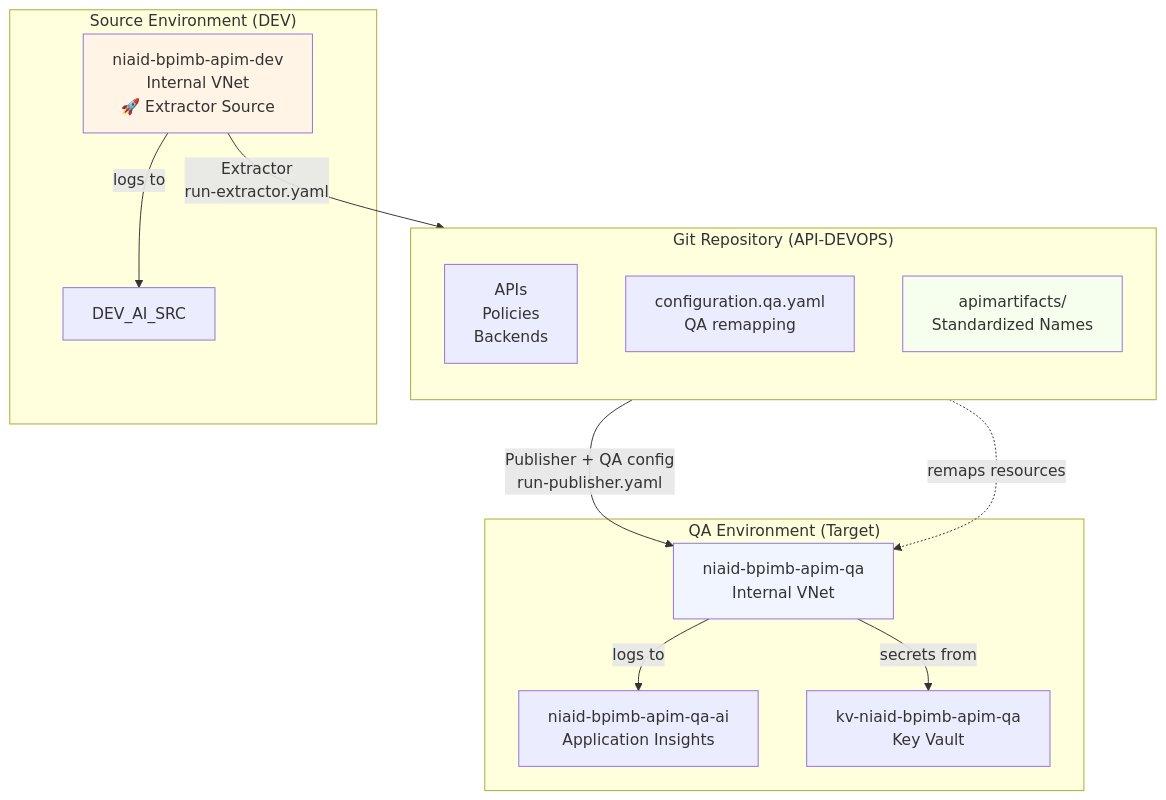
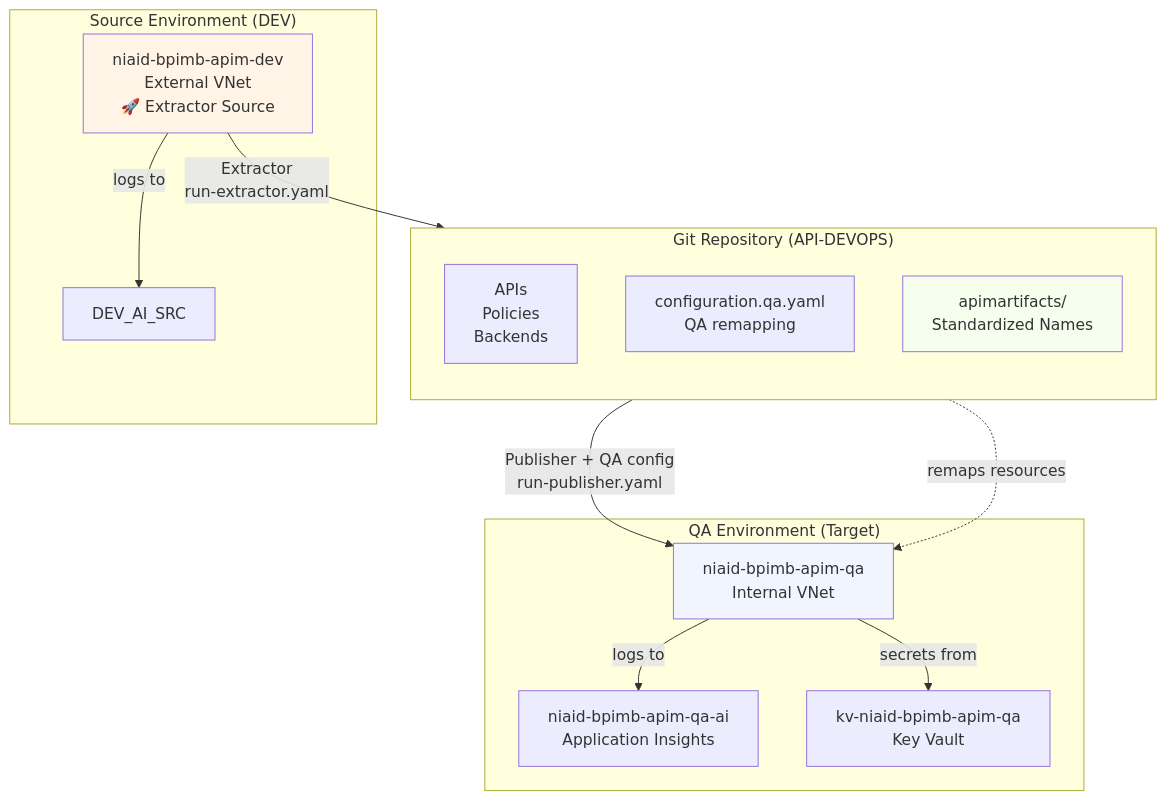
The fourth of 7 diagrams in README.md (NIAID-BPIMB-whiters/API-DEVOPS), drawn with Mermaid before and after one commit. The commit also changed other lines of this file and 103 other files, not shown here.

````diff
--- a/README.md
+++ b/README.md
@@ -1906,30 +1922,30 @@
 ```mermaid
 graph TD
     subgraph Source["Source Environment (DEV)"]
-        DEV_SRC[niaid-bpimb-apim-dev<br/>Internal VNet<br/>🚀 Extractor Source]
+        DEV_SRC[niaid-bpimb-apim-dev<br/>External VNet<br/>🚀 Extractor Source]
         DEV_SRC --> |logs to| DEV_AI_SRC
     end
     
     subgraph Repo["Git Repository (API-DEVOPS)"]
         direction TB
         APIS[APIs<br/>Policies<br/>Backends]
         CONFIG_QA[configuration.qa.yaml<br/>QA remapping]
         ARTIFACTS[apimartifacts/<br/>Standardized Names]
     end
     
     subgraph QA["QA Environment (Target)"]
         QA_APIM[niaid-bpimb-apim-qa<br/>Internal VNet]
         QA_AI[niaid-bpimb-apim-qa-ai<br/>Application Insights]
         QA_KV[kv-niaid-bpimb-apim-qa<br/>Key Vault]
         QA_APIM --> |logs to| QA_AI
         QA_APIM --> |secrets from| QA_KV
     end
     
     DEV_SRC -->|Extractor<br/>run-extractor.yaml| ARTIFACTS
     ARTIFACTS -->|Publisher + QA config<br/>run-publisher.yaml| QA_APIM
     CONFIG_QA -.->|remaps resources| QA_APIM
     
     style DEV_SRC fill:#fff4e6
     style QA_APIM fill:#f0f5ff
     style ARTIFACTS fill:#f6ffed
 ```
````
